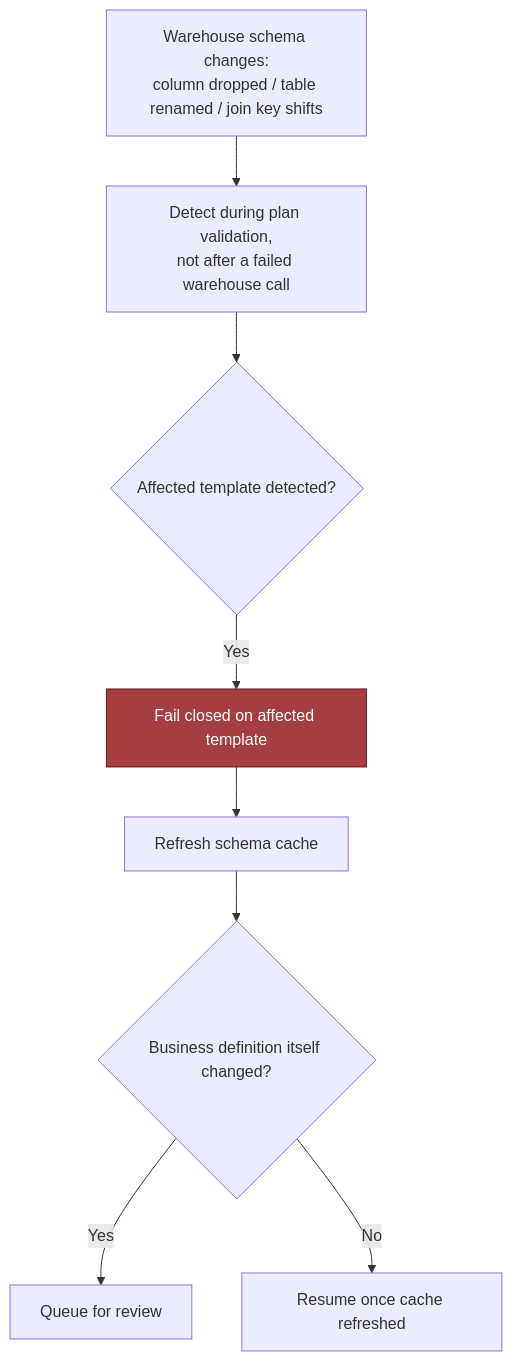
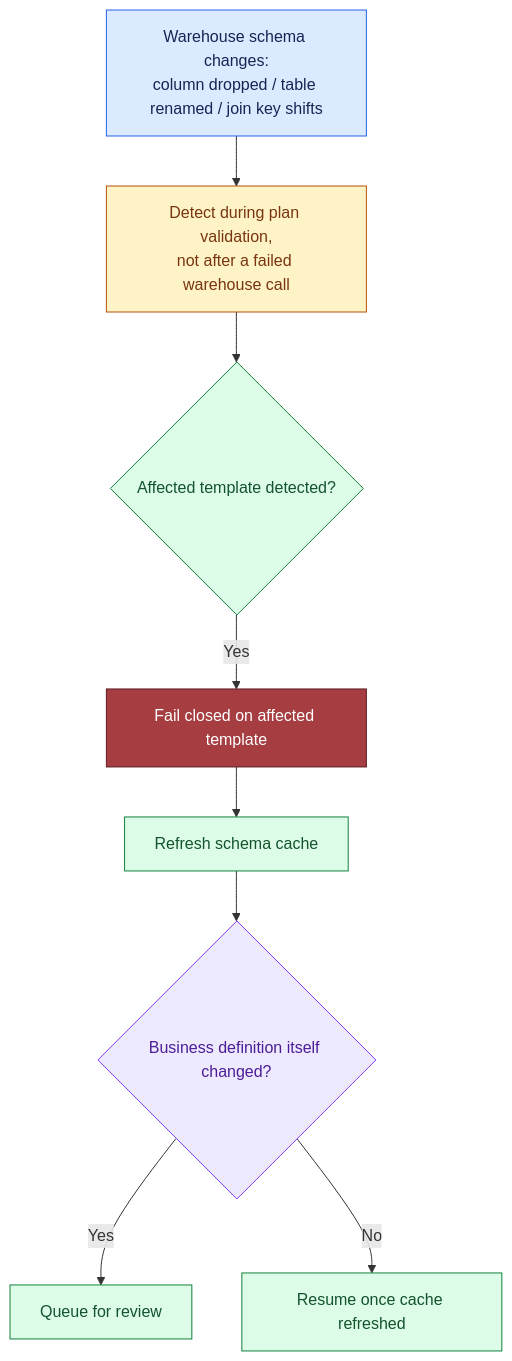
One commit to Sourav692/Forward-Deployed-Engineer-Interview-Prep changed the second of 6 diagrams in site/content/modules/15-fde-case-studies/knowledge-retrieval/nl-over-governed-data/full-pack-part-3.md. Above: the diagram before and after it, drawn with Mermaid. The commit also changed other lines of this file and 1268 other files, not shown here.

First line of the commit message:
content: polish Casebook writing and Mermaid diagrams (#251)

````diff
--- a/site/content/modules/15-fde-case-studies/knowledge-retrieval/nl-over-governed-data/full-pack-part-3.md
+++ b/site/content/modules/15-fde-case-studies/knowledge-retrieval/nl-over-governed-data/full-pack-part-3.md
@@ -30,11 +50,21 @@
 ```mermaid
 flowchart TD
     A[Warehouse schema changes:<br/>column dropped / table renamed / join key shifts] --> B[Detect during plan validation,<br/>not after a failed warehouse call]
     B --> C{Affected template detected?}
     C -->|Yes| D[Fail closed on affected template]
     D --> E[Refresh schema cache]
     E --> F{Business definition itself changed?}
     F -->|Yes| G[Queue for review]
     F -->|No| H[Resume once cache refreshed]
     style D fill:#a63d40,stroke:#5c1f22,color:#fff
+
+    %% Casebook colours: entry, reasoning, results, controls, and stopped paths.
+    classDef cbInput fill:#dbeafe,stroke:#2563eb,color:#172554
+    class A cbInput
+    classDef cbPolicy fill:#fef3c7,stroke:#b45309,color:#78350f
+    class B,D cbPolicy
+    classDef cbAction fill:#dcfce7,stroke:#15803d,color:#14532d
+    class C,E,G,H cbAction
+    classDef cbReason fill:#ede9fe,stroke:#7c3aed,color:#4c1d95
+    class F cbReason
 ```
````
